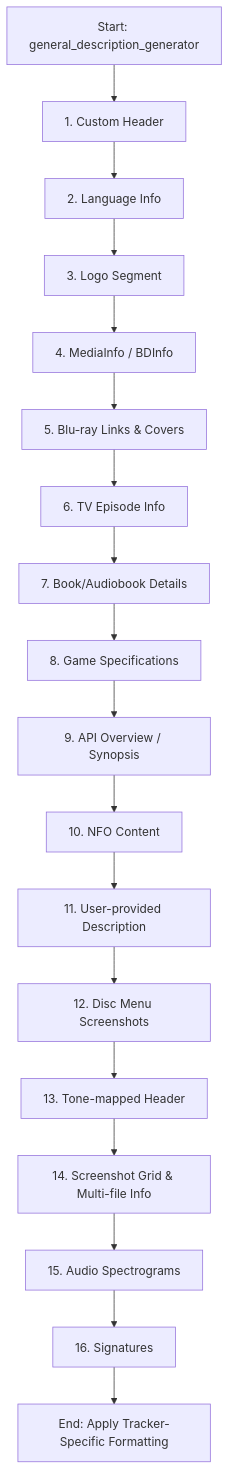
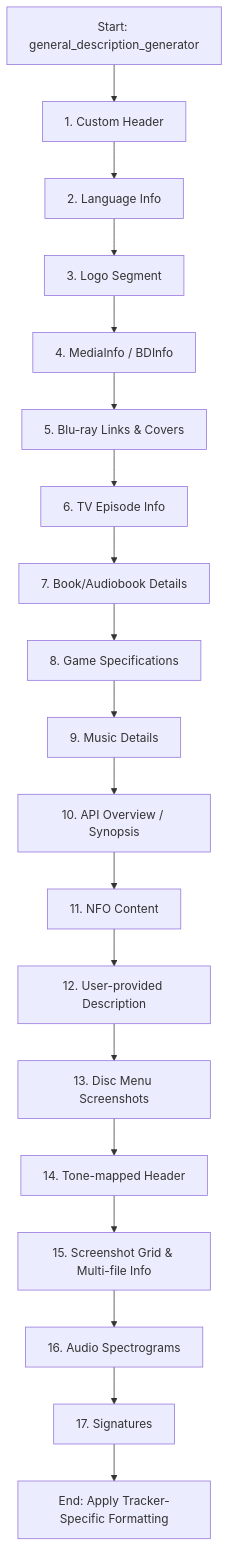
The diagram in docs/description-builder.md (wastaken7/Upload-Assistant), drawn with Mermaid before and after one commit. The commit also changed other lines of this file and 8 other files, not shown here.

````diff
--- a/docs/description-builder.md
+++ b/docs/description-builder.md
@@ -59,20 +59,21 @@
 ```mermaid
 graph TD
     A[Start: general_description_generator] --> B[1. Custom Header]
     B --> C[2. Language Info]
     C --> D[3. Logo Segment]
     D --> E[4. MediaInfo / BDInfo]
     E --> F[5. Blu-ray Links & Covers]
     F --> G[6. TV Episode Info]
     G --> H[7. Book/Audiobook Details]
     H --> I[8. Game Specifications]
-    I --> J[9. API Overview / Synopsis]
-    J --> K[10. NFO Content]
-    K --> L[11. User-provided Description]
-    L --> M[12. Disc Menu Screenshots]
-    M --> N[13. Tone-mapped Header]
-    N --> O[14. Screenshot Grid & Multi-file Info]
-    O --> P[15. Audio Spectrograms]
-    P --> Q[16. Signatures]
-    Q --> R[End: Apply Tracker-Specific Formatting]
+    I --> J[9. Music Details]
+    J --> K[10. API Overview / Synopsis]
+    K --> L[11. NFO Content]
+    L --> M[12. User-provided Description]
+    M --> N[13. Disc Menu Screenshots]
+    N --> O[14. Tone-mapped Header]
+    O --> P[15. Screenshot Grid & Multi-file Info]
+    P --> Q[16. Audio Spectrograms]
+    Q --> R[17. Signatures]
+    R --> S[End: Apply Tracker-Specific Formatting]
 ```
````
